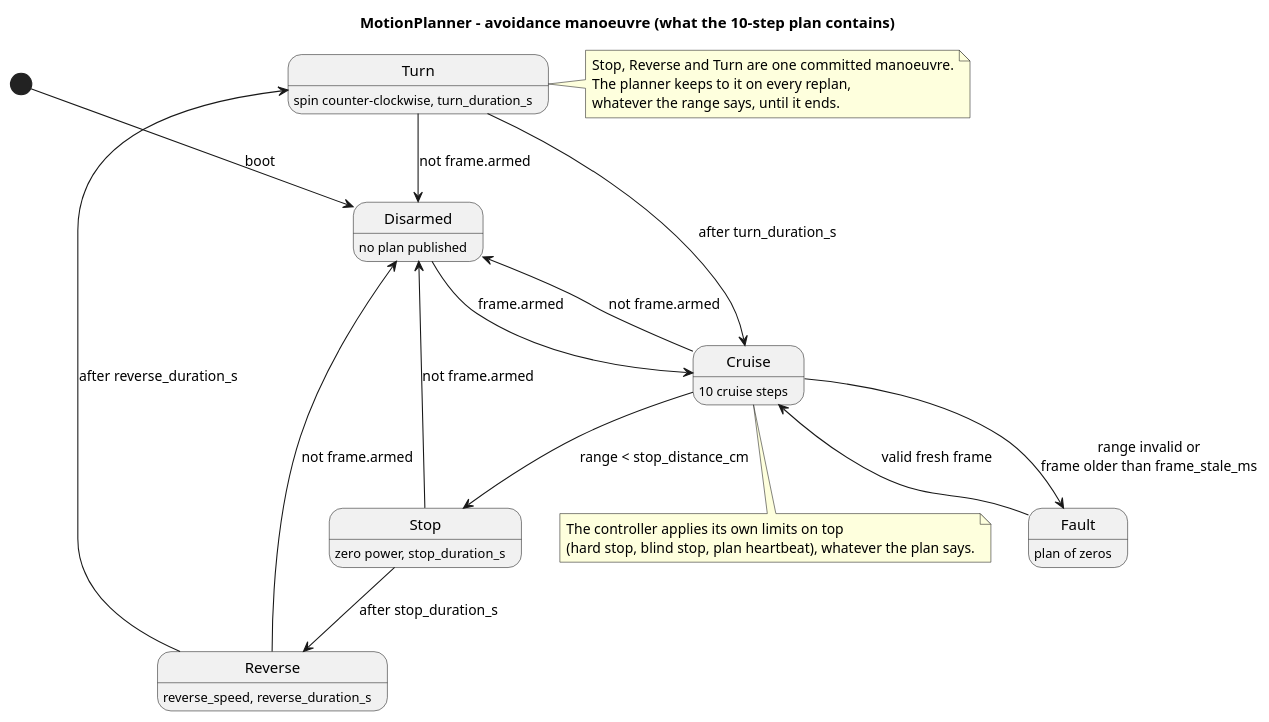
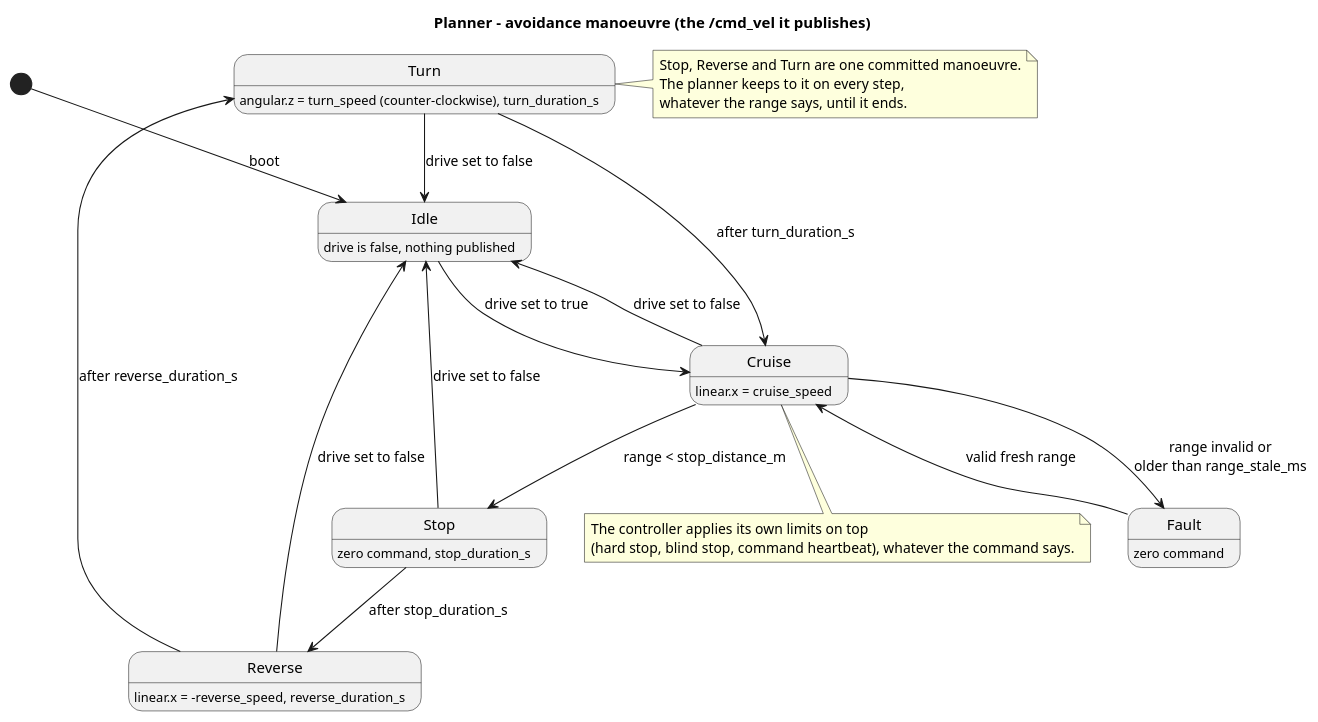
Before and after one commit to ram3917/PiCar_Robot: the diagram in docs/state-machine.puml, drawn with PlantUML. The commit also changed 81 other files, not shown here.

```diff
--- a/docs/state-machine.puml
+++ b/docs/state-machine.puml
@@ -1,38 +1,38 @@
 @startuml state-machine
-title MotionPlanner - avoidance manoeuvre (what the 10-step plan contains)
+title Planner - avoidance manoeuvre (the /cmd_vel it publishes)
 
-[*] --> Disarmed : boot
+[*] --> Idle : boot
 
-Disarmed : no plan published
-Cruise : 10 cruise steps
-Stop : zero power, stop_duration_s
-Reverse : reverse_speed, reverse_duration_s
-Turn : spin counter-clockwise, turn_duration_s
-Fault : plan of zeros
+Idle : drive is false, nothing published
+Cruise : linear.x = cruise_speed
+Stop : zero command, stop_duration_s
+Reverse : linear.x = -reverse_speed, reverse_duration_s
+Turn : angular.z = turn_speed (counter-clockwise), turn_duration_s
+Fault : zero command
 
-Disarmed --> Cruise : frame.armed
-Cruise --> Stop : range < stop_distance_cm
+Idle --> Cruise : drive set to true
+Cruise --> Stop : range < stop_distance_m
 Stop --> Reverse : after stop_duration_s
 Reverse --> Turn : after reverse_duration_s
 Turn --> Cruise : after turn_duration_s
 
-Cruise --> Fault : range invalid or\nframe older than frame_stale_ms
-Fault --> Cruise : valid fresh frame
+Cruise --> Fault : range invalid or\nolder than range_stale_ms
+Fault --> Cruise : valid fresh range
 
-Cruise --> Disarmed : not frame.armed
-Stop --> Disarmed : not frame.armed
-Reverse --> Disarmed : not frame.armed
-Turn --> Disarmed : not frame.armed
+Cruise --> Idle : drive set to false
+Stop --> Idle : drive set to false
+Reverse --> Idle : drive set to false
+Turn --> Idle : drive set to false
 
 note right of Turn
   Stop, Reverse and Turn are one committed manoeuvre.
-  The planner keeps to it on every replan,
+  The planner keeps to it on every step,
   whatever the range says, until it ends.
 end note
 
 note bottom of Cruise
   The controller applies its own limits on top
-  (hard stop, blind stop, plan heartbeat), whatever the plan says.
+  (hard stop, blind stop, command heartbeat), whatever the command says.
 end note
 
 @enduml
```
